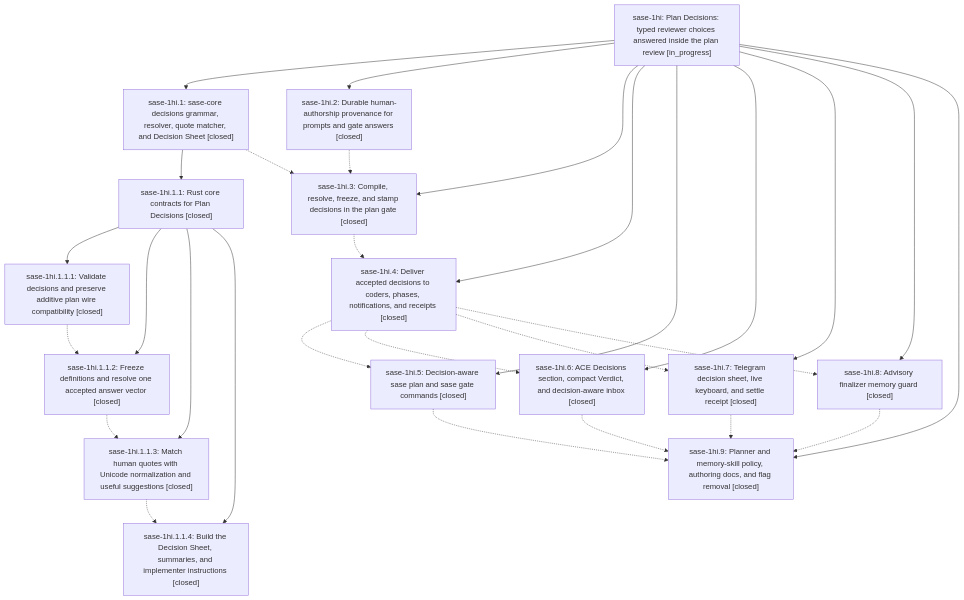
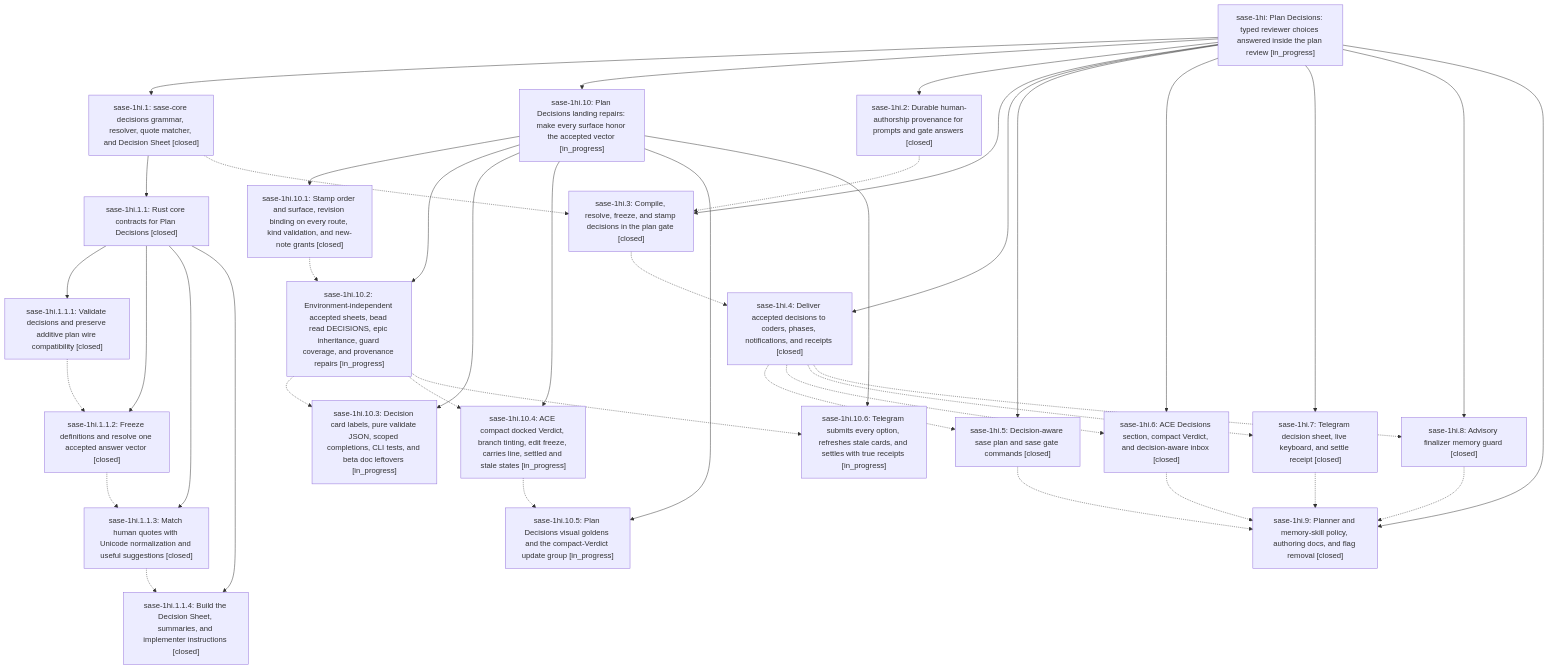
The diagram in pages/sase-1hi/README.md (sase-org/sase--beads), drawn with Mermaid before and after one commit. The commit also changed other lines of this file and 8 other files, not shown here.

First line of the commit message:
chore(beads): sync bead state and pages for sase-1hi

````diff
--- a/pages/sase-1hi/README.md
+++ b/pages/sase-1hi/README.md
@@ -50,46 +80,65 @@
 ```mermaid
 flowchart TD
     n0["sase-1hi: Plan Decisions: typed reviewer choices answered inside the plan review [in_progress]"]
     n1["sase-1hi.1: sase-core decisions grammar, resolver, quote matcher, and Decision Sheet [closed]"]
     n2["sase-1hi.1.1: Rust core contracts for Plan Decisions [closed]"]
     n3["sase-1hi.1.1.1: Validate decisions and preserve additive plan wire compatibility [closed]"]
     n4["sase-1hi.1.1.2: Freeze definitions and resolve one accepted answer vector [closed]"]
     n5["sase-1hi.1.1.3: Match human quotes with Unicode normalization and useful suggestions [closed]"]
     n6["sase-1hi.1.1.4: Build the Decision Sheet, summaries, and implementer instructions [closed]"]
-    n7["sase-1hi.2: Durable human-authorship provenance for prompts and gate answers [closed]"]
-    n8["sase-1hi.3: Compile, resolve, freeze, and stamp decisions in the plan gate [closed]"]
-    n9["sase-1hi.4: Deliver accepted decisions to coders, phases, notifications, and receipts [closed]"]
-    n10["sase-1hi.5: Decision-aware sase plan and sase gate commands [closed]"]
-    n11["sase-1hi.6: ACE Decisions section, compact Verdict, and decision-aware inbox [closed]"]
-    n12["sase-1hi.7: Telegram decision sheet, live keyboard, and settle receipt [closed]"]
-    n13["sase-1hi.8: Advisory finalizer memory guard [closed]"]
-    n14["sase-1hi.9: Planner and memory-skill policy, authoring docs, and flag removal [closed]"]
+    n7["sase-1hi.10: Plan Decisions landing repairs: make every surface honor the accepted vector [in_progress]"]
+    n8["sase-1hi.10.1: Stamp order and surface, revision binding on every route, kind validation, and new-note grants [closed]"]
+    n9["sase-1hi.10.2: Environment-independent accepted sheets, bead read DECISIONS, epic inheritance, guard coverage, and provenance repairs [in_progress]"]
+    n10["sase-1hi.10.3: Decision card labels, pure validate JSON, scoped completions, CLI tests, and beta doc leftovers [in_progress]"]
+    n11["sase-1hi.10.4: ACE compact docked Verdict, branch tinting, edit freeze, carries line, settled and stale states [in_progress]"]
+    n12["sase-1hi.10.5: Plan Decisions visual goldens and the compact-Verdict update group [in_progress]"]
+    n13["sase-1hi.10.6: Telegram submits every option, refreshes stale cards, and settles with true receipts [in_progress]"]
+    n14["sase-1hi.2: Durable human-authorship provenance for prompts and gate answers [closed]"]
+    n15["sase-1hi.3: Compile, resolve, freeze, and stamp decisions in the plan gate [closed]"]
+    n16["sase-1hi.4: Deliver accepted decisions to coders, phases, notifications, and receipts [closed]"]
+    n17["sase-1hi.5: Decision-aware sase plan and sase gate commands [closed]"]
+    n18["sase-1hi.6: ACE Decisions section, compact Verdict, and decision-aware inbox [closed]"]
+    n19["sase-1hi.7: Telegram decision sheet, live keyboard, and settle receipt [closed]"]
+    n20["sase-1hi.8: Advisory finalizer memory guard [closed]"]
+    n21["sase-1hi.9: Planner and memory-skill policy, authoring docs, and flag removal [closed]"]
     n0 --> n1
     n1 --> n2
     n2 --> n3
     n2 --> n4
     n2 --> n5
     n2 --> n6
     n0 --> n7
-    n0 --> n8
-    n0 --> n9
-    n0 --> n10
-    n0 --> n11
-    n0 --> n12
-    n0 --> n13
+    n7 --> n8
+    n7 --> n9
+    n7 --> n10
+    n7 --> n11
+    n7 --> n12
+    n7 --> n13
     n0 --> n14
-    n1 -.-> n8
+    n0 --> n15
+    n0 --> n16
+    n0 --> n17
+    n0 --> n18
+    n0 --> n19
+    n0 --> n20
+    n0 --> n21
+    n1 -.-> n15
     n3 -.-> n4
     n4 -.-> n5
     n5 -.-> n6
-    n7 -.-> n8
     n8 -.-> n9
     n9 -.-> n10
     n9 -.-> n11
-    n9 -.-> n12
     n9 -.-> n13
-    n10 -.-> n14
-    n11 -.-> n14
-    n12 -.-> n14
-    n13 -.-> n14
+    n11 -.-> n12
+    n14 -.-> n15
+    n15 -.-> n16
+    n16 -.-> n17
+    n16 -.-> n18
+    n16 -.-> n19
+    n16 -.-> n20
+    n17 -.-> n21
+    n18 -.-> n21
+    n19 -.-> n21
+    n20 -.-> n21
 ```
````
